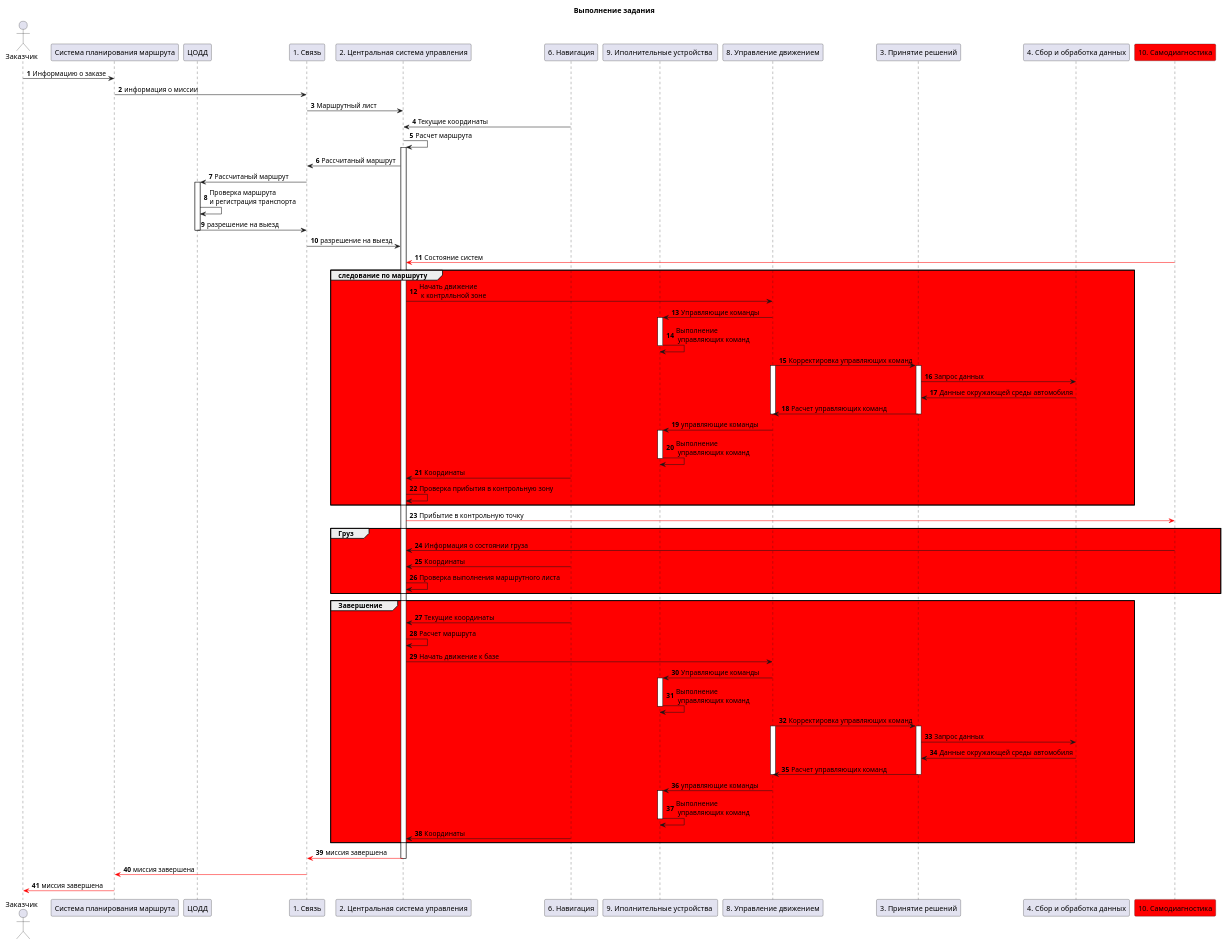
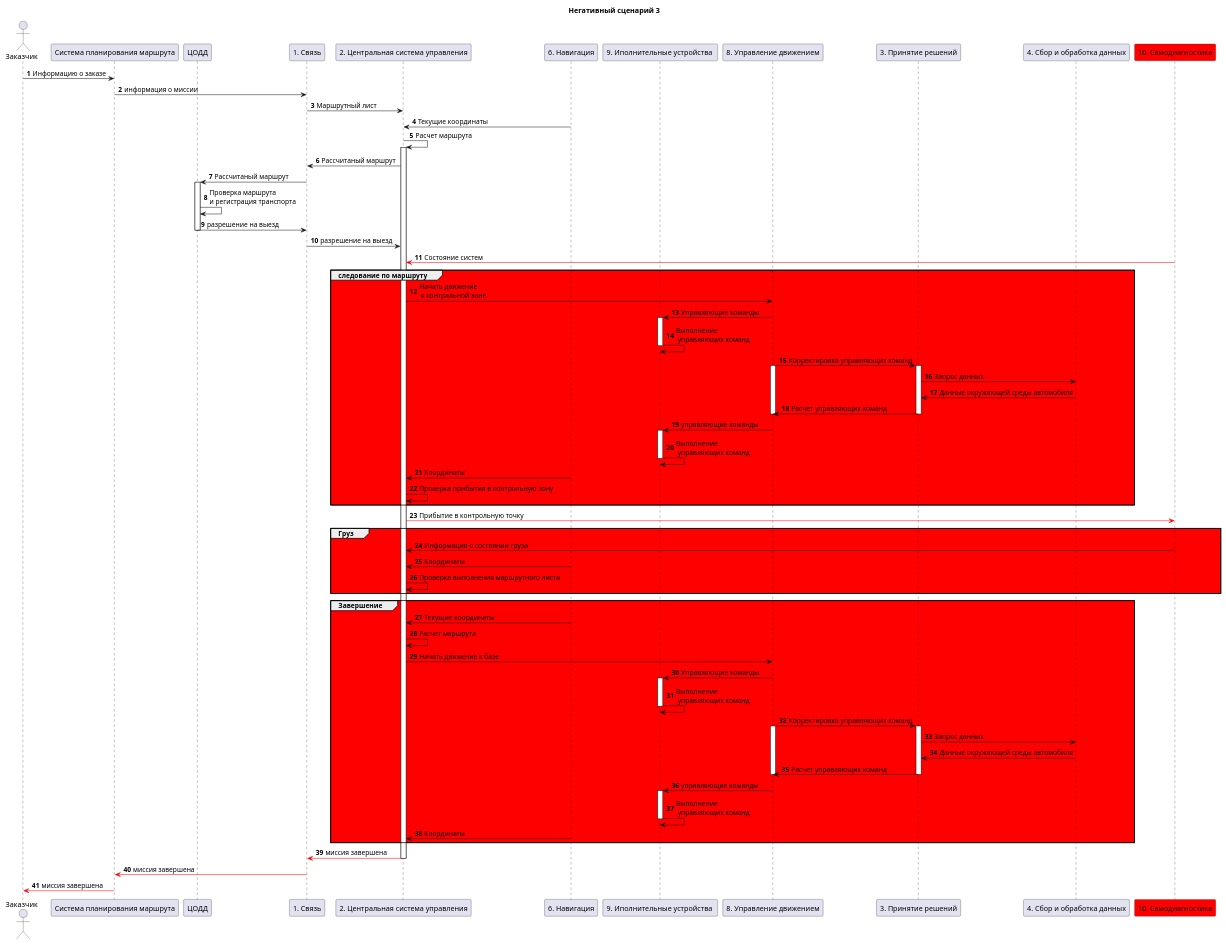
Before and after one commit to hedgehogsooo/conditionteams: the diagram in images/НС-3.puml, drawn with PlantUML. The commit also changed 26 other files, not shown here.

```diff
--- a/images/НС-3.puml
+++ b/images/НС-3.puml
@@ -1,87 +1,87 @@
 @startuml НС-3
-title Выполнение задания
+title Негативный сценарий 3
 autonumber
 
 
 actor "Заказчик" as operator
 participant "Система планирования маршрута" as planingsystem
 participant "ЦОДД" as TSODD
 participant "1. Связь" as connection
 participant "2. Центральная система управления" as centralsystem
 participant "6. Навигация" as navigation 
 participant "9. Иполнительные устройства " as actuators 
 participant "8. Управление движением" as traficcontrol
 participant "3. Принятие решений" as spr
 participant "4. Сбор и обработка данных" as data
 participant "10. Самодиагностика" as diagnoctik #Red
 
 
 operator -> planingsystem: Информацию о заказе
 planingsystem-> connection: информация о миссии
 connection -> centralsystem : Маршрутный лист
 navigation -> centralsystem : Текущие координаты
 centralsystem -> centralsystem ++: Расчет маршрута
 centralsystem -> connection: Рассчитаный маршрут
 connection -> TSODD ++: Рассчитаный маршрут
 TSODD -> TSODD : Проверка маршрута \nи регистрация транспорта
 TSODD -> connection--: разрешение на выезд 
 connection -> centralsystem : разрешение на выезд 
 diagnoctik -[#Red]> centralsystem : Состояние систем 
 
 
 group #Red следование по маршруту
 centralsystem ->  traficcontrol: Начать движение \n к контрлльной зоне
 traficcontrol -> actuators++: Управляющие команды
 actuators -> actuators--: Выполнение \n управляющих команд
 traficcontrol -> spr: Корректировка управляющих команд
 traficcontrol++
 spr++
 spr -> data: Запрос данных
 data -> spr: Данные окружающей среды автомобиля
 spr -> traficcontrol: Расчет управляющих команд
 spr--
 traficcontrol--
 traficcontrol -> actuators++: управляющие команды
 actuators -> actuators--: Выполнение \n управляющих команд
 navigation -> centralsystem: Координаты
 centralsystem -> centralsystem: Проверка прибытия в контрольную зону
 end
 
 
 centralsystem -[#Red]> diagnoctik: Прибытие в контрольную точку
 group #Red Груз
 diagnoctik -> centralsystem: Информация о состоянии груза
 navigation -> centralsystem: Координаты
 centralsystem -> centralsystem: Проверка выполнения маршрутного листа
 end
 
 
 group #Red Завершение 
 navigation -> centralsystem: Текущие координаты
 centralsystem -> centralsystem: Расчет маршрута
 centralsystem ->  traficcontrol: Начать движение к базе 
 traficcontrol -> actuators++: Управляющие команды
 actuators -> actuators--: Выполнение \n управляющих команд
 
 
 traficcontrol -> spr: Корректировка управляющих команд
 traficcontrol++
 spr++
 spr -> data: Запрос данных
 data -> spr: Данные окружающей среды автомобиля
 spr -> traficcontrol: Расчет управляющих команд
 spr--
 traficcontrol--
 
 traficcontrol -> actuators++: управляющие команды
 actuators -> actuators--: Выполнение \n управляющих команд
 navigation -> centralsystem: Координаты
 end
 
 
 centralsystem -[#Red]> connection--: миссия завершена
 connection -[#Red]> planingsystem: миссия завершена 
 planingsystem -[#Red]> operator: миссия завершена
 
 
 @enduml
```
